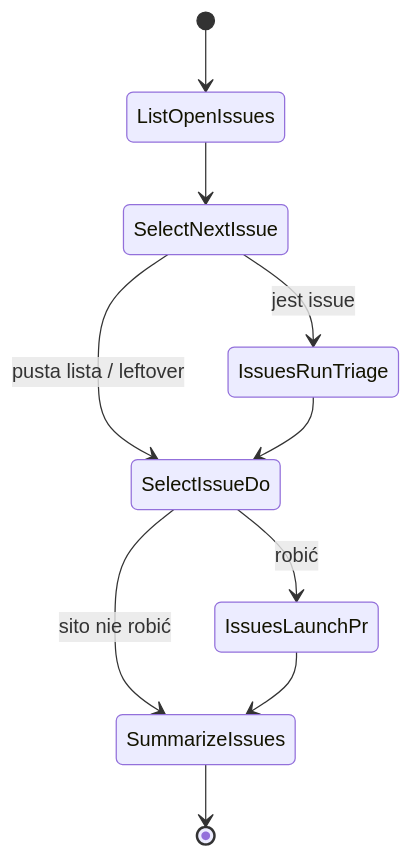
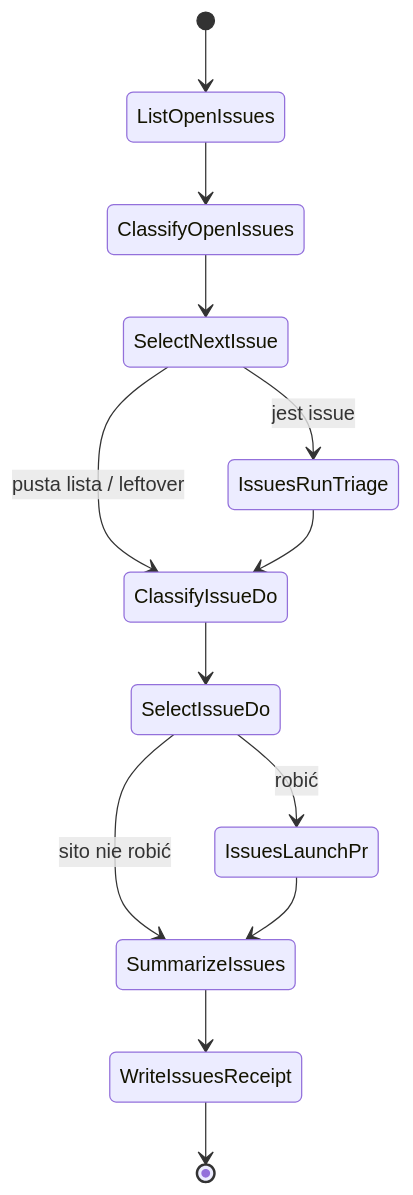
One commit to mikolaj92/lokay changed diagram 36 of 42 in README.md. Above: the diagram before and after it, drawn with Mermaid. The commit also changed other lines of this file and 15 other files, not shown here.

````diff
--- a/README.md
+++ b/README.md
@@ -994,12 +994,15 @@
 ```mermaid
 stateDiagram-v2
     [*] --> ListOpenIssues
-    ListOpenIssues --> SelectNextIssue
+    ListOpenIssues --> ClassifyOpenIssues
+    ClassifyOpenIssues --> SelectNextIssue
     SelectNextIssue --> IssuesRunTriage: jest issue
-    SelectNextIssue --> SelectIssueDo: pusta lista / leftover
-    IssuesRunTriage --> SelectIssueDo
+    SelectNextIssue --> ClassifyIssueDo: pusta lista / leftover
+    IssuesRunTriage --> ClassifyIssueDo
+    ClassifyIssueDo --> SelectIssueDo
     SelectIssueDo --> IssuesLaunchPr: robić
     SelectIssueDo --> SummarizeIssues: sito nie robić
     IssuesLaunchPr --> SummarizeIssues
-    SummarizeIssues --> [*]
+    SummarizeIssues --> WriteIssuesReceipt
+    WriteIssuesReceipt --> [*]
 ```
````
